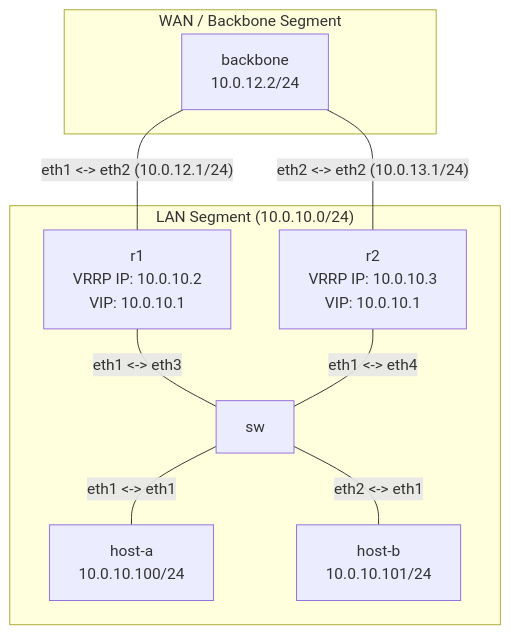
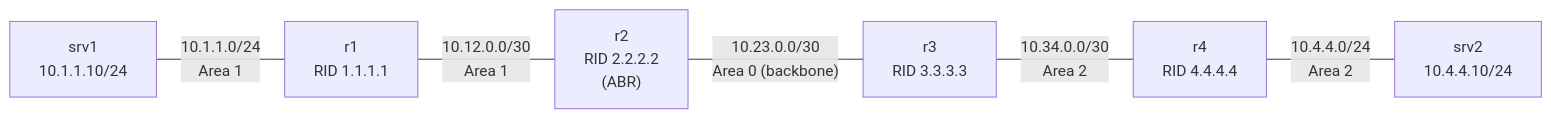
One commit to networkthucchien/kai-networks-demo changed the diagram in demo-1/README.md. Above: the diagram before and after it, drawn with Mermaid. The commit also changed other lines of this file and 14 other files, not shown here.

````diff
--- a/demo-1/README.md
+++ b/demo-1/README.md
@@ -19,21 +21,15 @@
 ```mermaid
-graph TD
-    subgraph wan_segment ["WAN / Backbone Segment"]
-        backbone["backbone<br>10.0.12.2/24"]
-    end
+graph LR
+    srv1["srv1<br>10.1.1.10/24"]
+    r1["r1<br>RID 1.1.1.1"]
+    r2["r2<br>RID 2.2.2.2<br>(ABR)"]
+    r3["r3<br>RID 3.3.3.3"]
+    r4["r4<br>RID 4.4.4.4"]
+    srv2["srv2<br>10.4.4.10/24"]
 
-    subgraph lan_segment ["LAN Segment (10.0.10.0/24)"]
-        r1["r1<br>VRRP IP: 10.0.10.2<br>VIP: 10.0.10.1"]
-        r2["r2<br>VRRP IP: 10.0.10.3<br>VIP: 10.0.10.1"]
-        sw[sw]
-        host-a["host-a<br>10.0.10.100/24"]
-        host-b["host-b<br>10.0.10.101/24"]
-    end
-
-    backbone -- "eth1 <-> eth2 (10.0.12.1/24)" --- r1
-    backbone -- "eth2 <-> eth2 (10.0.13.1/24)" --- r2
-    r1 -- "eth1 <-> eth3" --- sw
-    r2 -- "eth1 <-> eth4" --- sw
-    sw -- "eth1 <-> eth1" --- host-a
-    sw -- "eth2 <-> eth1" --- host-b
+    srv1 -- "10.1.1.0/24<br>Area 1" --- r1
+    r1 -- "10.12.0.0/30<br>Area 1" --- r2
+    r2 -- "10.23.0.0/30<br>Area 0 (backbone)" --- r3
+    r3 -- "10.34.0.0/30<br>Area 2" --- r4
+    r4 -- "10.4.4.0/24<br>Area 2" --- srv2
 ```
````
